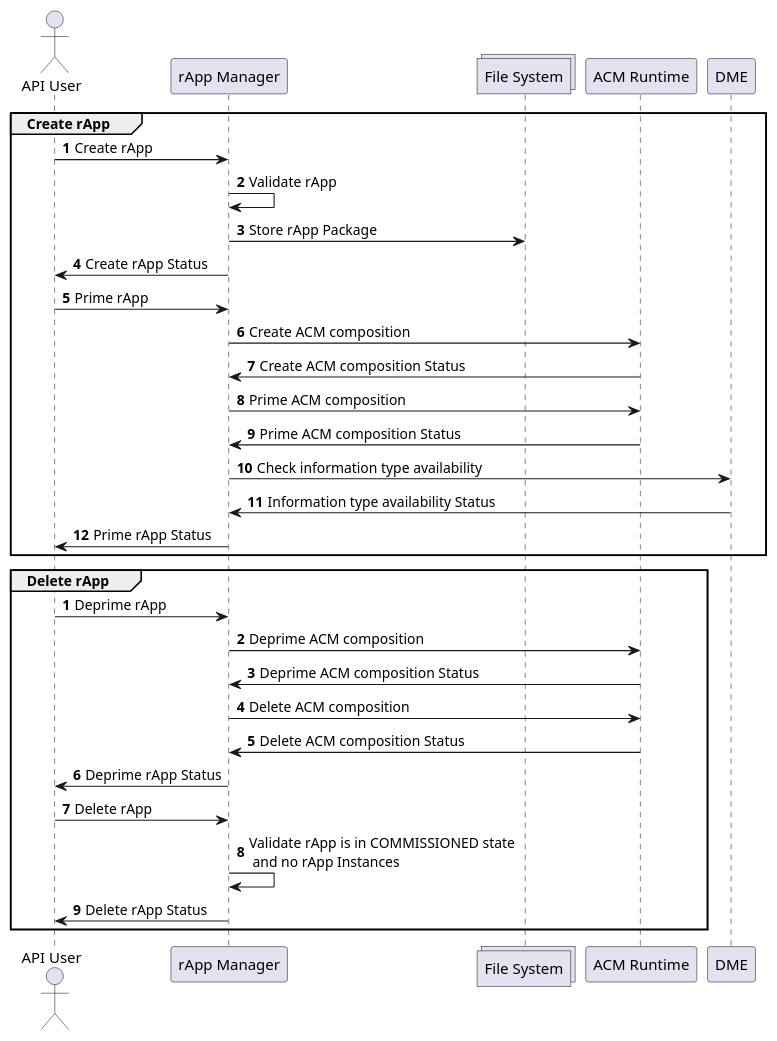
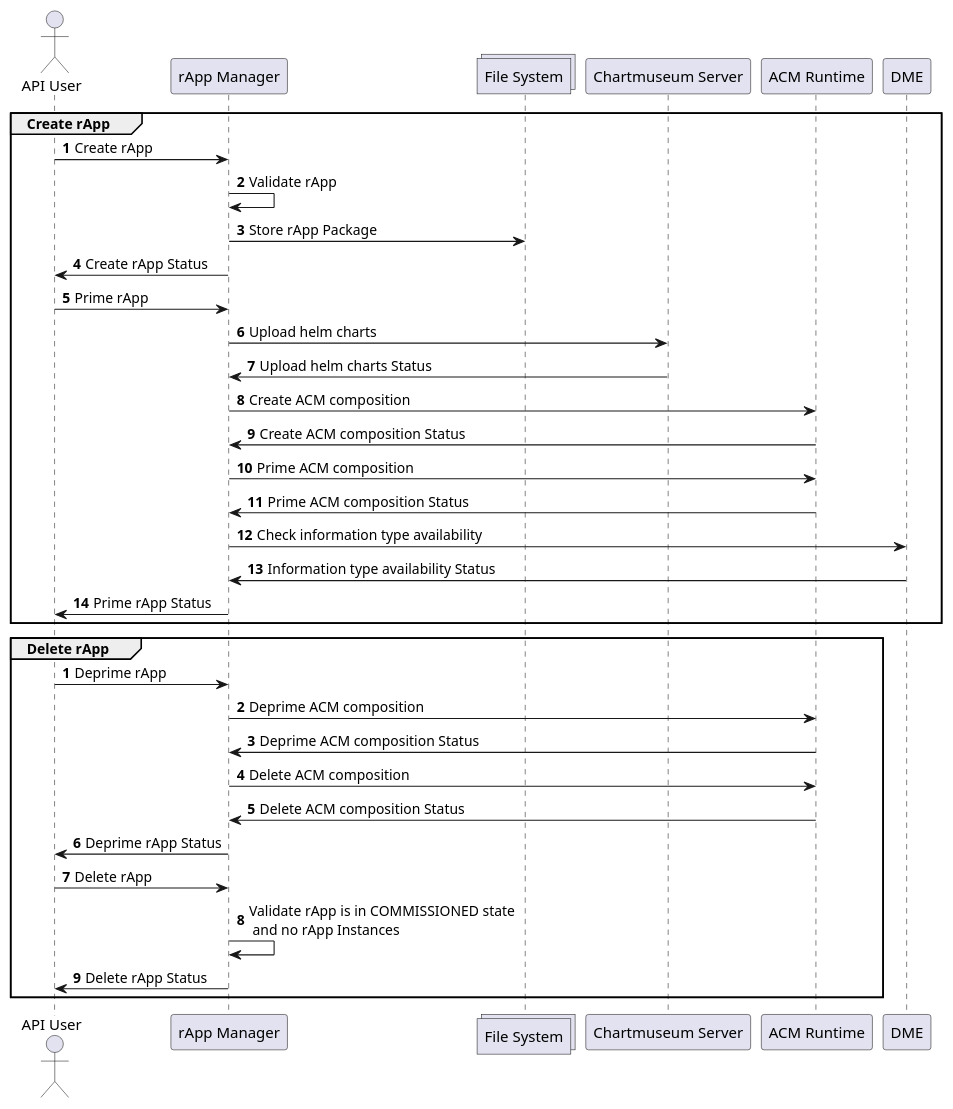
Before and after one commit to o-ran-sc/nonrtric-plt-rappmanager: the diagram in docs/uml/rApp-flow.puml, drawn with PlantUML. The commit also changed 3 other files, not shown here.

```diff
--- a/docs/uml/rApp-flow.puml
+++ b/docs/uml/rApp-flow.puml
@@ -1,40 +1,43 @@
 @startuml
 autonumber
 
 actor "API User"
 participant "rApp Manager"
 collections "File System"
+participant "Chartmuseum Server"
 participant "ACM Runtime"
 participant "DME"
 
 group Create rApp
 "API User"->"rApp Manager": Create rApp
 "rApp Manager"->"rApp Manager": Validate rApp
 "rApp Manager"->"File System": Store rApp Package
 "rApp Manager"->"API User": Create rApp Status
 "API User"->"rApp Manager": Prime rApp
+"rApp Manager"->"Chartmuseum Server": Upload helm charts
+"Chartmuseum Server"->"rApp Manager": Upload helm charts Status
 "rApp Manager"->"ACM Runtime": Create ACM composition
 "ACM Runtime"->"rApp Manager": Create ACM composition Status
 "rApp Manager"->"ACM Runtime": Prime ACM composition
 "ACM Runtime"->"rApp Manager": Prime ACM composition Status
 "rApp Manager"->"DME": Check information type availability
 "DME"->"rApp Manager": Information type availability Status
 "rApp Manager"->"API User": Prime rApp Status
 end
 
 autonumber
 group Delete rApp
 "API User"->"rApp Manager": Deprime rApp
 "rApp Manager"->"ACM Runtime": Deprime ACM composition
 "ACM Runtime"->"rApp Manager": Deprime ACM composition Status
 "rApp Manager"->"ACM Runtime": Delete ACM composition
 "ACM Runtime"->"rApp Manager": Delete ACM composition Status
 "rApp Manager"->"API User": Deprime rApp Status
 "API User"->"rApp Manager": Delete rApp
 "rApp Manager"->"rApp Manager": Validate rApp is in COMMISSIONED state \n and no rApp Instances
 "rApp Manager"->"API User": Delete rApp Status
 
 end
 
 
 @enduml
```
